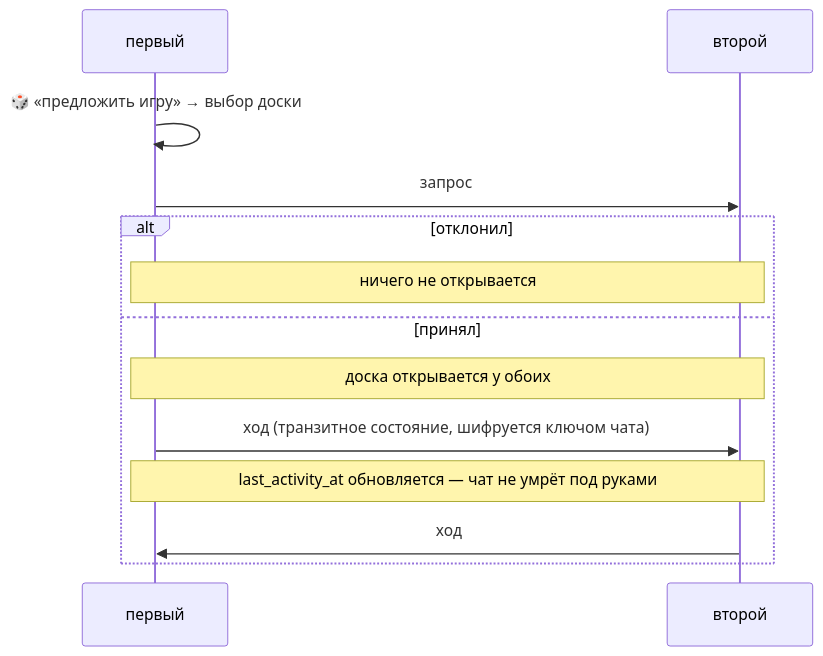
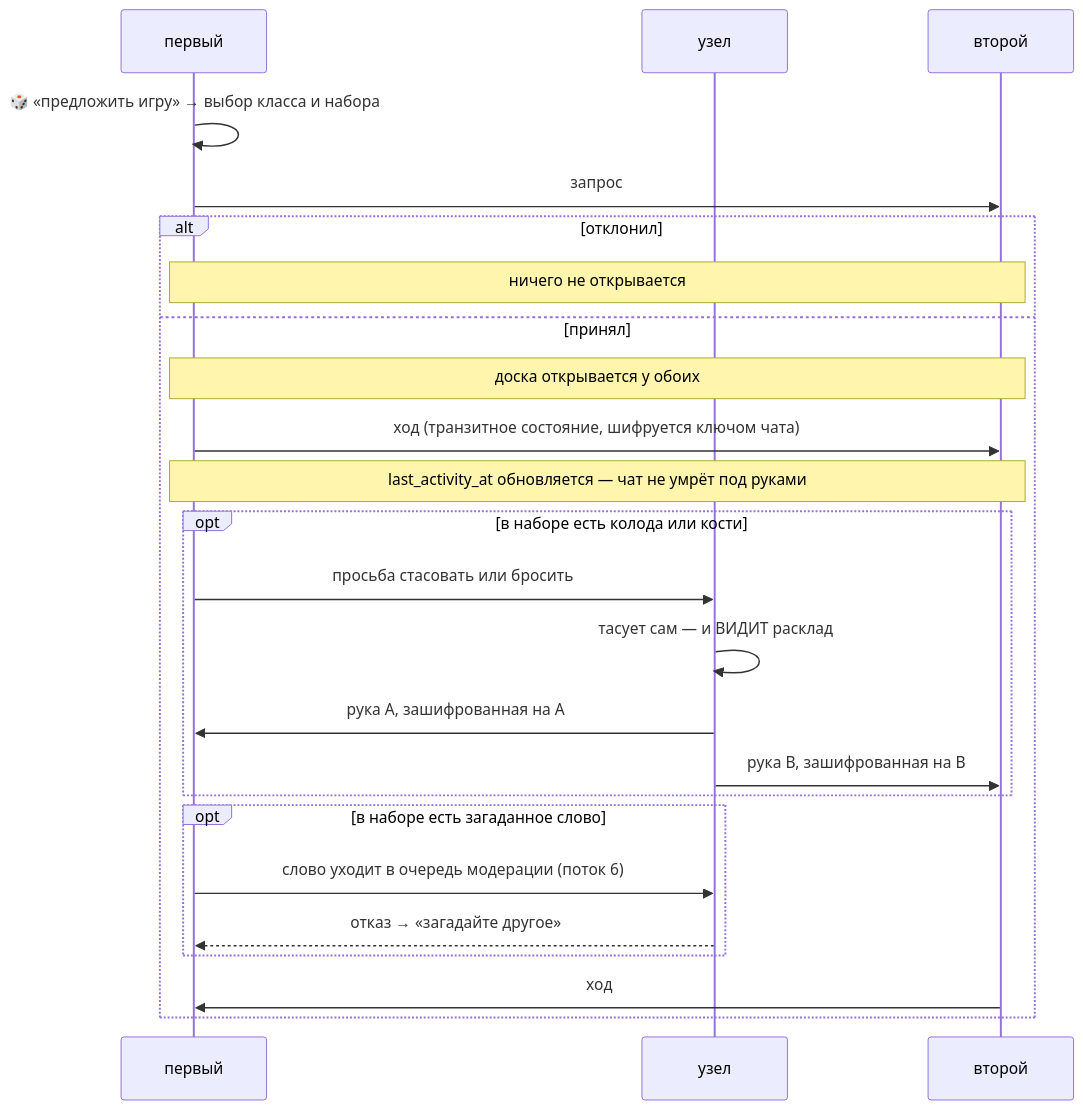
Diagram 20 of 29 in docs/chat-flows_RU.md (panov-id/xor.ad), drawn with Mermaid before and after one commit. The commit also changed other lines of this file and 9 other files, not shown here.

First line of the commit message:
Walk every flow against the decisions, and write down what proves them

````diff
--- a/docs/chat-flows_RU.md
+++ b/docs/chat-flows_RU.md
@@ -608,15 +651,26 @@
 ```mermaid
 sequenceDiagram
   participant A as первый
+  participant N as узел
   participant B as второй
-  A->>A: 🎲 «предложить игру» → выбор доски
+  A->>A: 🎲 «предложить игру» → выбор класса и набора
   A->>B: запрос
   alt отклонил
     Note over A,B: ничего не открывается
   else принял
     Note over A,B: доска открывается у обоих
     A->>B: ход #40;транзитное состояние, шифруется ключом чата#41;
     Note over A,B: last_activity_at обновляется — чат не умрёт под руками
+    opt в наборе есть колода или кости
+      A->>N: просьба стасовать или бросить
+      N->>N: тасует сам — и ВИДИТ расклад
+      N->>A: рука A, зашифрованная на A
+      N->>B: рука B, зашифрованная на B
+    end
+    opt в наборе есть загаданное слово
+      A->>N: слово уходит в очередь модерации #40;поток 6#41;
+      N-->>A: отказ → «загадайте другое»
+    end
     B->>A: ход
   end
 ```
````
